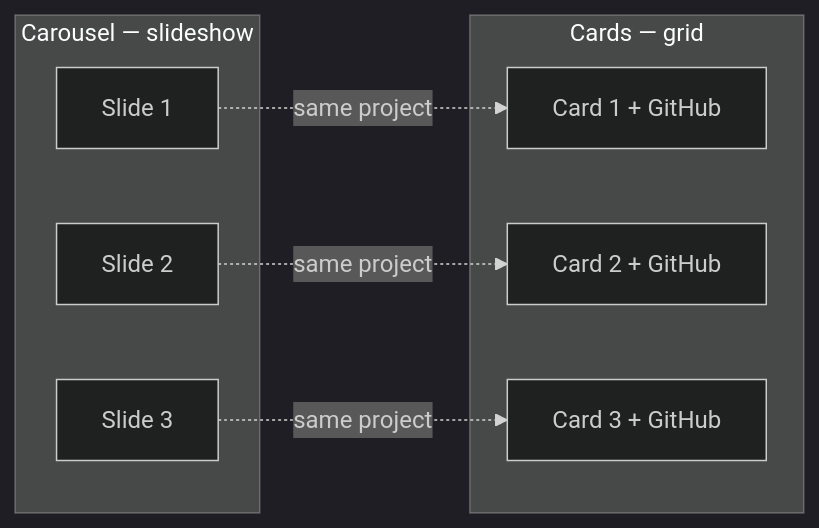
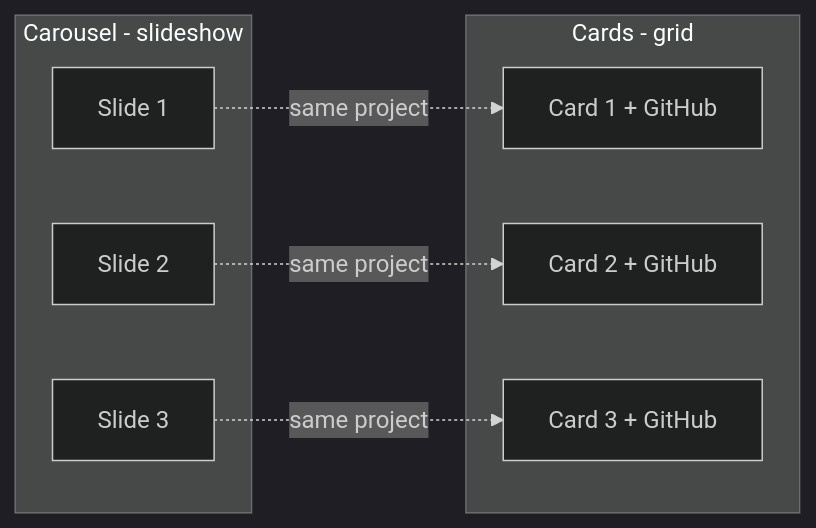
One commit to emmarthur/emmarthur.github.io changed the fifth of 5 diagrams in CAROUSEL-DEEP-DIVE.md. Above: the diagram before and after it, drawn with Mermaid (dark theme). The commit also changed other lines of this file and 3 other files, not shown here.

````diff
--- a/CAROUSEL-DEEP-DIVE.md
+++ b/CAROUSEL-DEEP-DIVE.md
@@ -184,16 +184,16 @@
 ```mermaid
 flowchart LR
-  subgraph carousel["Carousel — slideshow"]
+  subgraph carousel["Carousel - slideshow"]
     C1[Slide 1]
     C2[Slide 2]
     C3[Slide 3]
   end
-  subgraph cards["Cards — grid"]
+  subgraph cards["Cards - grid"]
     K1[Card 1 + GitHub]
     K2[Card 2 + GitHub]
     K3[Card 3 + GitHub]
   end
   C1 -.->|same project| K1
   C2 -.->|same project| K2
   C3 -.->|same project| K3
 ```
````
